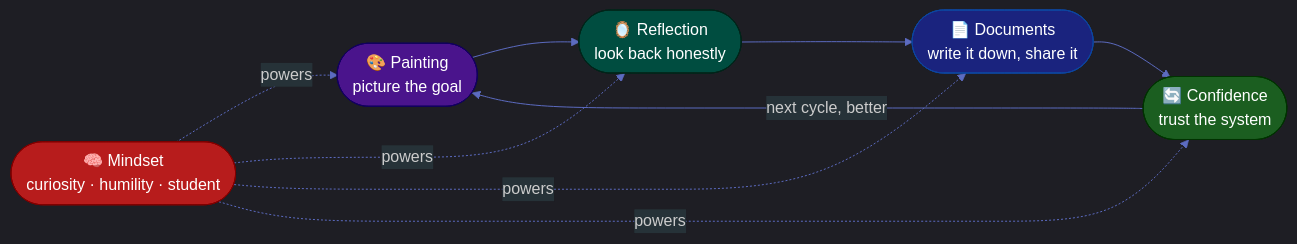
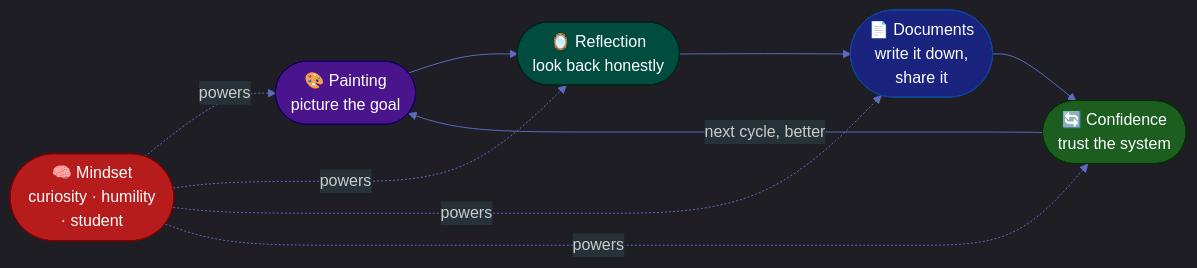
The diagram in feeds/procedures/ways-of-working/01-the-painting-reflection-documents-loop.md (GuideStack/iblogger-feeds), drawn with Mermaid before and after one commit. The commit also changed 1 other file, not shown here.

Commit message:
Wrap long Mermaid node labels with <br> to prevent overflow
Add line breaks to the longest single-line node labels in the two talk docs
(four-foundations: "want to start a business", "build a track record",
"customers pay → value created"; painting-loop: Documents and Mindset nodes)
so text no longer clips/overflows the node box.

````diff
--- a/feeds/procedures/ways-of-working/01-the-painting-reflection-documents-loop.md
+++ b/feeds/procedures/ways-of-working/01-the-painting-reflection-documents-loop.md
@@ -46,25 +46,25 @@
 ```mermaid
 %%{init: {'theme': 'dark', 'themeVariables': {'primaryColor': '#1a237e', 'primaryBorderColor': '#0d47a1', 'primaryTextColor': '#ffffff', 'lineColor': '#5c6bc0', 'secondaryColor': '#004d40', 'tertiaryColor': '#4a148c', 'background': '#1e1e1e', 'mainBkg': '#1a237e', 'nodeBorder': '#0d47a1', 'clusterBkg': '#263238', 'titleColor': '#ffffff', 'edgeLabelBackground': '#263238'},
   'themeCSS': 'svg { background-color: #1e1e1e !important; padding: 1rem !important; border-radius: 8px !important; } text, tspan { fill: #ffffff !important; } .edgeLabel rect { fill: #1e1e1e !important; }'
 }}%%
 flowchart LR
     P([🎨 Painting<br>picture the goal])
     R([🪞 Reflection<br>look back honestly])
-    D([📄 Documents<br>write it down, share it])
+    D([📄 Documents<br>write it down,<br>share it])
     C([🔄 Confidence<br>trust the system])
 
     P --> R --> D --> C
     C -->|next cycle, better| P
 
-    MIND([🧠 Mindset<br>curiosity · humility · student])
+    MIND([🧠 Mindset<br>curiosity · humility<br>· student])
     MIND -.powers.-> P
     MIND -.powers.-> R
     MIND -.powers.-> D
     MIND -.powers.-> C
 
     style P fill:#4a148c,stroke:#12005e,color:#fff
     style R fill:#004d40,stroke:#00251a,color:#fff
     style D fill:#1a237e,stroke:#0d47a1,color:#fff
     style C fill:#1b5e20,stroke:#003300,color:#fff
     style MIND fill:#b71c1c,stroke:#7f0000,color:#fff
 ```
````
